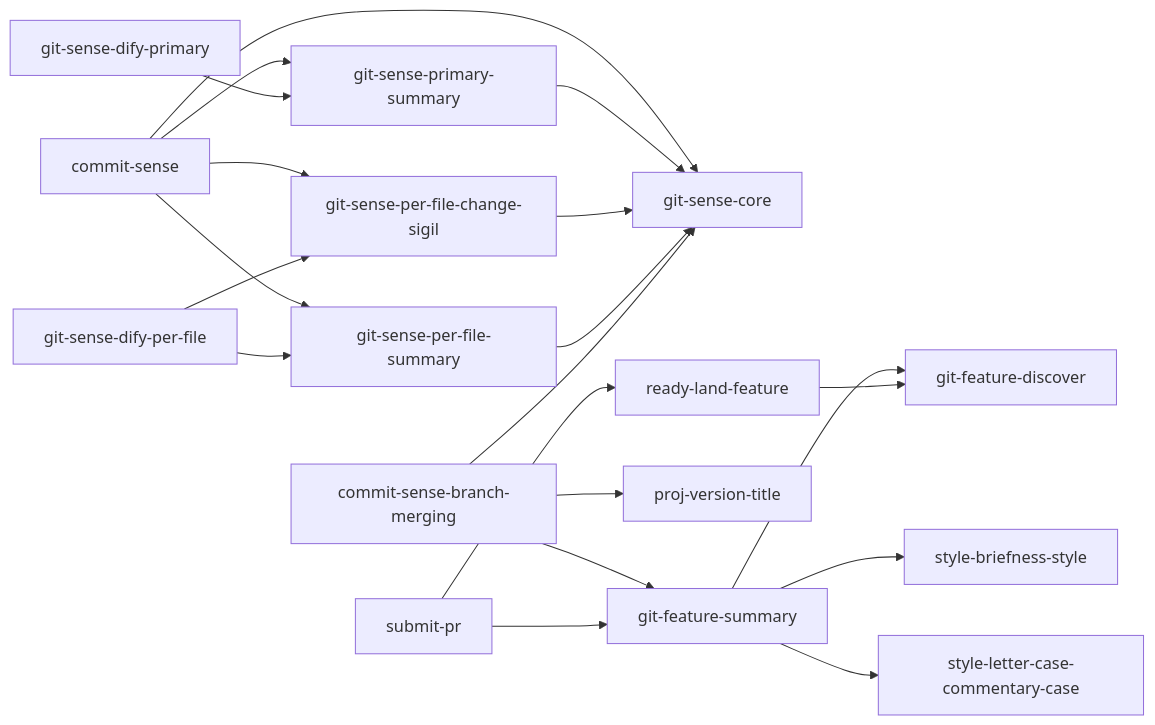
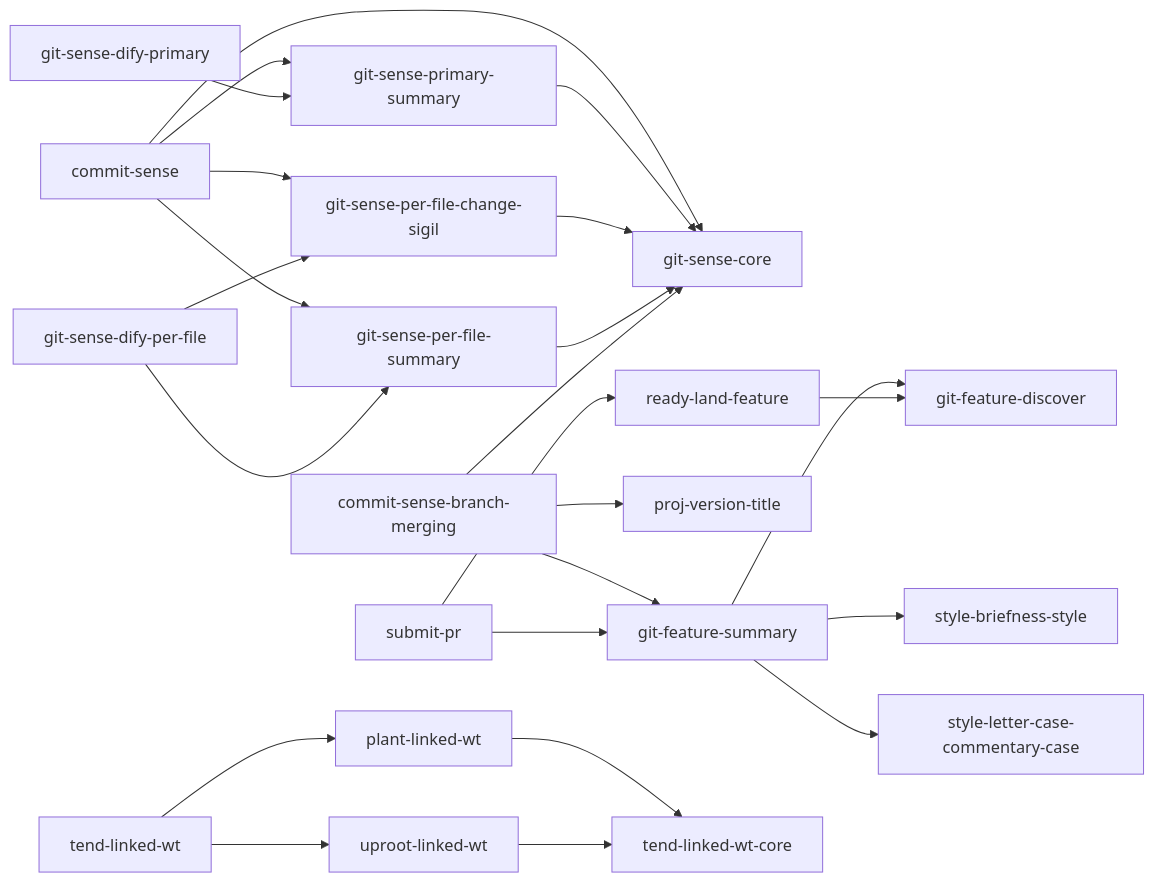
One commit to kami-lel/kaye-library changed the third of 7 diagrams in docs/blueprint-doc.md. Above: the diagram before and after it, drawn with Mermaid. The commit also changed 4 other files, not shown here.

First line of the commit message:
split tend-linked-wt into plant, uproot skills over shared core

````diff
--- a/docs/blueprint-doc.md
+++ b/docs/blueprint-doc.md
@@ -76,22 +76,26 @@
 ```mermaid
 flowchart LR
     commit_sense["commit-sense"] --> git_sense_core["git-sense-core"]
     commit_sense --> git_sense_primary_summary["git-sense-primary-summary"]
     commit_sense --> git_sense_per_file_change_sigil["git-sense-per-file-change-sigil"]
     commit_sense --> git_sense_per_file_summary["git-sense-per-file-summary"]
     git_sense_primary_summary --> git_sense_core
     git_sense_per_file_change_sigil --> git_sense_core
     git_sense_per_file_summary --> git_sense_core
     commit_sense_branch_merging["commit-sense-branch-merging"] --> git_sense_core
     commit_sense_branch_merging --> git_feature_summary["git-feature-summary"]
     commit_sense_branch_merging --> proj_version_title["proj-version-title"]
     git_sense_dify_primary["git-sense-dify-primary"] --> git_sense_primary_summary
     git_sense_dify_per_file["git-sense-dify-per-file"] --> git_sense_per_file_change_sigil
     git_sense_dify_per_file --> git_sense_per_file_summary
     git_feature_summary["git-feature-summary"] --> git_feature_discover["git-feature-discover"]
     ready_land_feature["ready-land-feature"] --> git_feature_discover
     submit_pr["submit-pr"] --> ready_land_feature
     submit_pr --> git_feature_summary
+    tend_linked_wt["tend-linked-wt"] --> plant_linked_wt["plant-linked-wt"]
+    tend_linked_wt --> uproot_linked_wt["uproot-linked-wt"]
+    plant_linked_wt --> tend_linked_wt_core["tend-linked-wt-core"]
+    uproot_linked_wt --> tend_linked_wt_core
     git_feature_summary --> style_briefness_style["style-briefness-style"]
     git_feature_summary --> style_letter_case_commentary_case["style-letter-case-commentary-case"]
 ```
````
